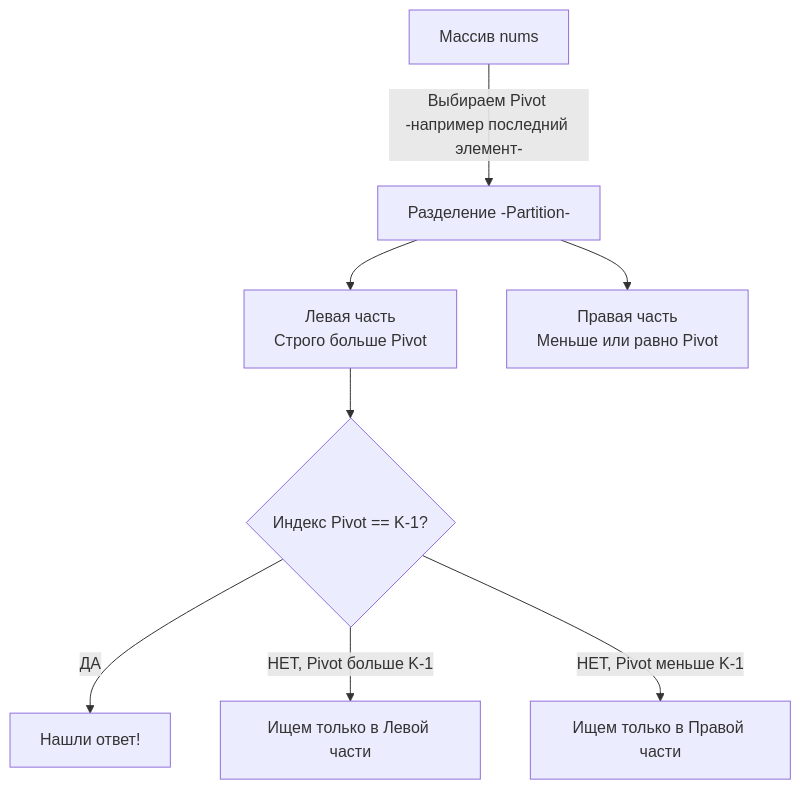
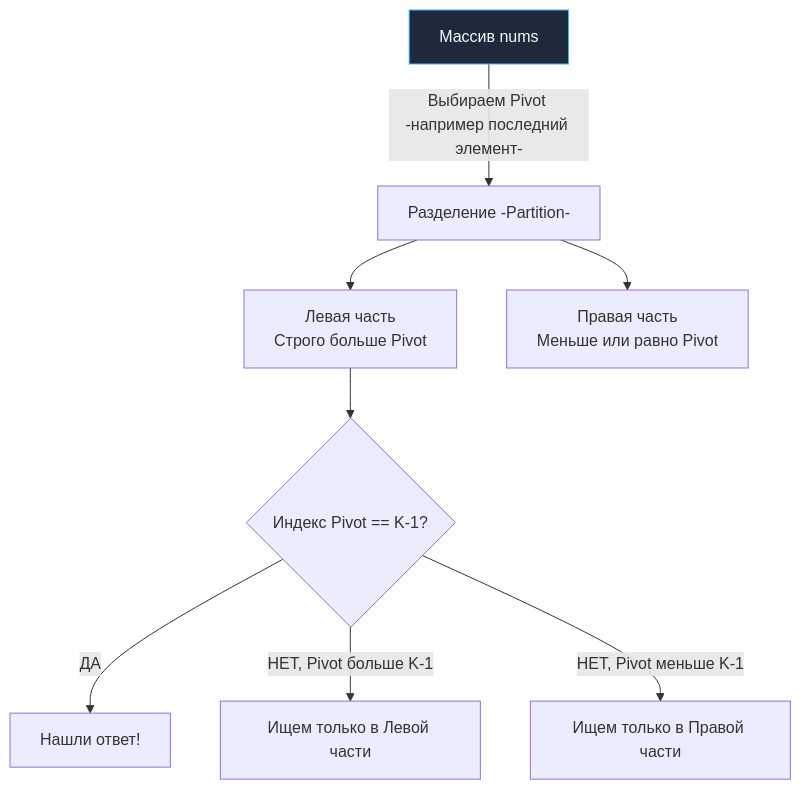
One commit to UnrealTemplier/go-textbook changed the diagram in sources/21. Задачи с LeetCode и собеседований на Go/02. Задачи/16. Кучи и Top K/3. Kth Largest Element in Array.md. Above: the diagram before and after it, drawn with Mermaid. The commit also changed 1666 other files, not shown here.

First line of the commit message:
feat(mermaid): add semantic color classDef to 1369 colorless flowchart/graph diagrams

````diff
--- a/sources/21. Задачи с LeetCode и собеседований на Go/02. Задачи/16. Кучи и Top K/3. Kth Largest Element in Array.md
+++ b/sources/21. Задачи с LeetCode и собеседований на Go/02. Задачи/16. Кучи и Top K/3. Kth Largest Element in Array.md
@@ -119,11 +119,21 @@
 ```mermaid
 graph TD
-    A["Массив nums"] -->|"Выбираем Pivot -например последний элемент-"| B["Разделение -Partition-"]
+    classDef process  fill:#1e293b,stroke:#38bdf8,stroke-width:1px,color:#f8fafc
+    classDef success  fill:#064e3b,stroke:#34d399,stroke-width:1px,color:#f8fafc
+    classDef error    fill:#7f1d1d,stroke:#f87171,stroke-width:1px,color:#f8fafc
+    classDef warning  fill:#78350f,stroke:#fbbf24,stroke-width:1px,color:#f8fafc
+    classDef entry    fill:#1e3a5f,stroke:#38bdf8,stroke-width:2px,color:#f8fafc
+    classDef aux      fill:#334155,stroke:#64748b,stroke-width:1px,color:#f8fafc
+    classDef system   fill:#312e81,stroke:#a78bfa,stroke-width:1px,color:#f8fafc
+    classDef data     fill:#132d29,stroke:#2dd4bf,stroke-width:1px,color:#f8fafc
+    classDef network  fill:#881337,stroke:#fb7185,stroke-width:1px,color:#f8fafc
+    classDef accent   fill:#1e1b4b,stroke:#818cf8,stroke-width:1px,color:#f8fafc
+    A["Массив nums"]:::process -->|"Выбираем Pivot -например последний элемент-"| B["Разделение -Partition-"]
     B --> C["Левая часть<br>Строго больше Pivot"]
     B --> D["Правая часть<br>Меньше или равно Pivot"]
     
     C --> E{"Индекс Pivot == K-1?"}
     E -->|"ДА"| F["Нашли ответ!"]
     E -->|"НЕТ, Pivot больше K-1"| G["Ищем только в Левой части"]
     E -->|"НЕТ, Pivot меньше K-1"| H["Ищем только в Правой части"]
 ```
````
